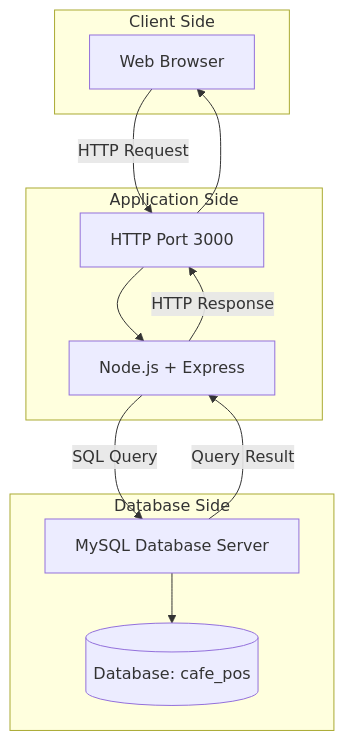
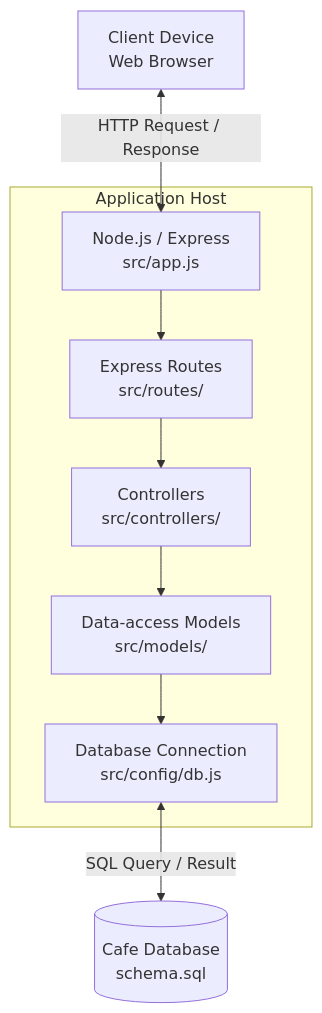
One commit to 67160185/RUOK--cafe-system changed the first of 2 diagrams in wk11-architecture.md. Above: the diagram before and after it, drawn with Mermaid. The commit also changed other lines of this file, not shown here.

Commit message:
wk11-architecture.md

````diff
--- a/wk11-architecture.md
+++ b/wk11-architecture.md
@@ -5,25 +8,22 @@
 ```mermaid
 flowchart TB
-    subgraph Client["Client Side"]
-        Browser["Web Browser"]
+    Client["Client Device<br/>Web Browser"]
+
+    subgraph AppHost["Application Host"]
+        App["Node.js / Express<br/>src/app.js"]
+        Routes["Express Routes<br/>src/routes/"]
+        Controllers["Controllers<br/>src/controllers/"]
+        Models["Data-access Models<br/>src/models/"]
+        DBConfig["Database Connection<br/>src/config/db.js"]
+
+        App --> Routes
+        Routes --> Controllers
+        Controllers --> Models
+        Models --> DBConfig
     end
 
-    subgraph Application["Application Side"]
-        Express["Node.js + Express"]
-        Port["HTTP Port 3000"]
-    end
+    Database[("Cafe Database<br/>schema.sql")]
 
-    subgraph Database["Database Side"]
-        MySQL["MySQL Database Server"]
-        CafeDB[("Database: cafe_pos")]
-    end
-
-    Browser -->|"HTTP Request"| Port
-    Port --> Express
-    Express -->|"HTTP Response"| Port
-    Port --> Browser
-
-    Express -->|"SQL Query"| MySQL
-    MySQL -->|"Query Result"| Express
-    MySQL --> CafeDB
+    Client <-->|"HTTP Request / Response"| App
+    DBConfig <-->|"SQL Query / Result"| Database
 ```
````
